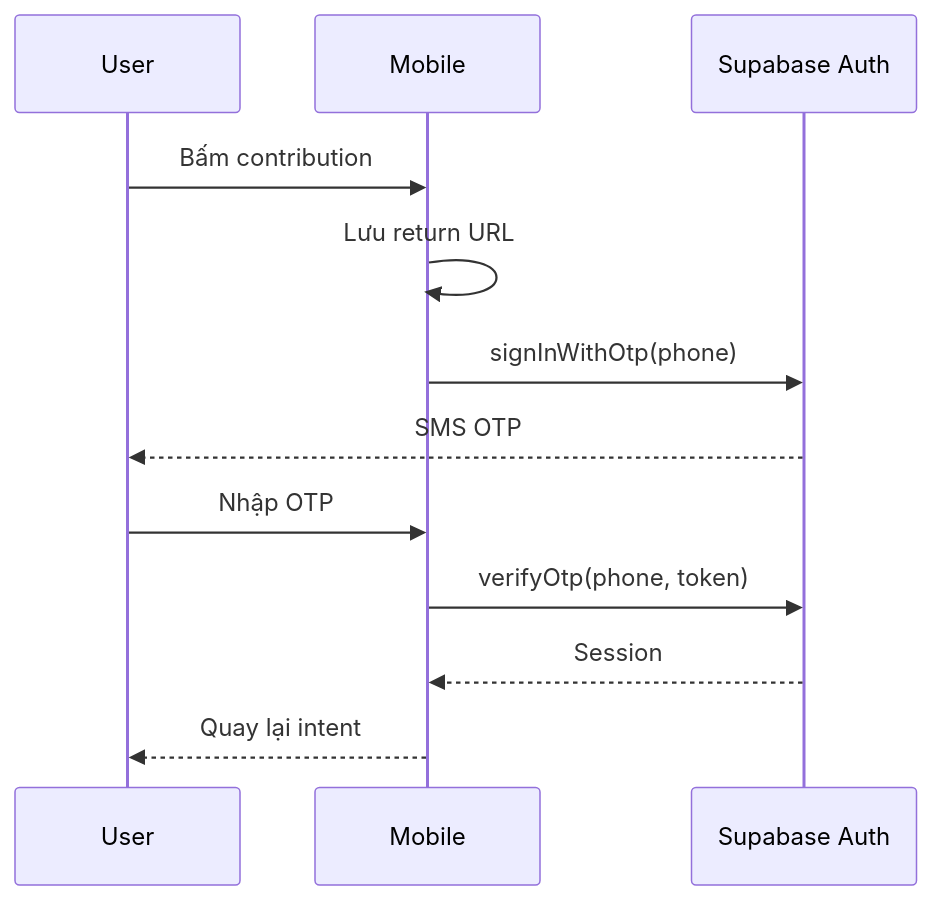
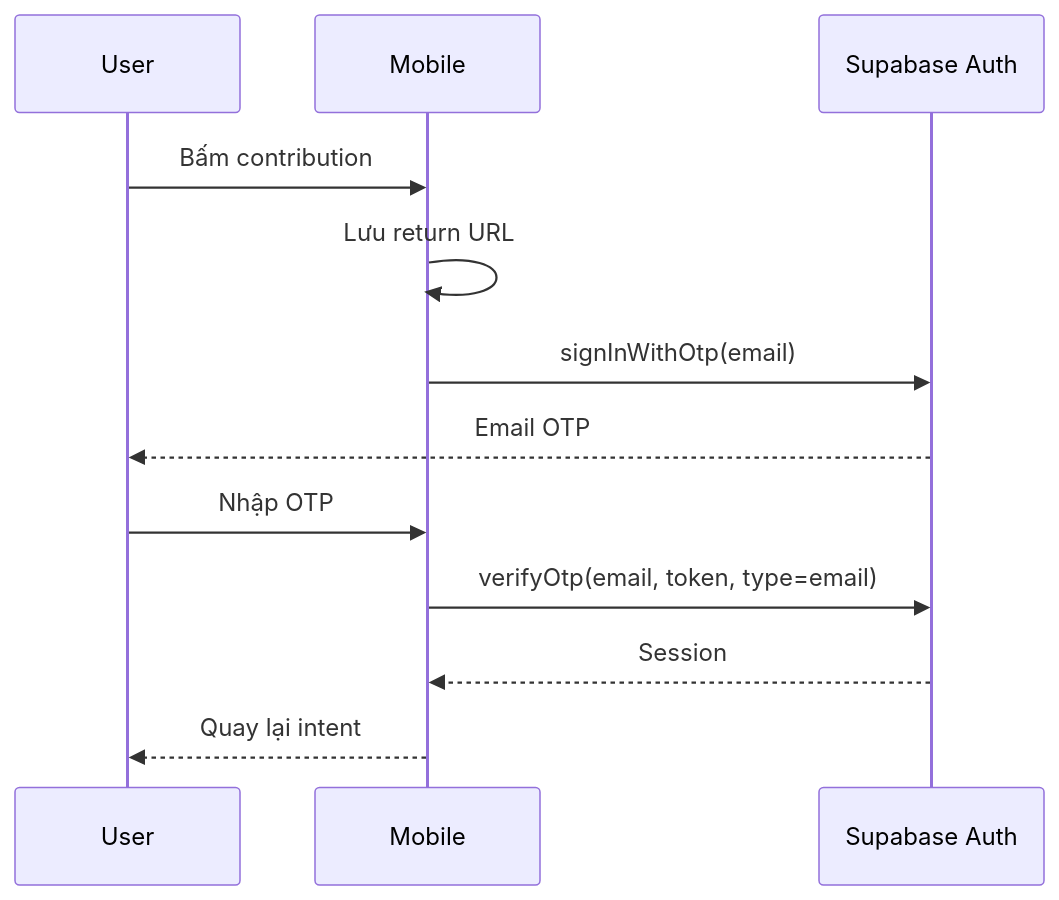
Before and after one commit to anhtuanleee/trending-map: the diagram in docs/authentication-and-authorization.md, drawn with Mermaid. The commit also changed other lines of this file and 12 other files, not shown here.

Commit message:
feat(auth): replace phone OTP with email OTP

````diff
--- a/docs/authentication-and-authorization.md
+++ b/docs/authentication-and-authorization.md
@@ -18,14 +18,14 @@
 ```mermaid
 sequenceDiagram
   participant U as User
   participant M as Mobile
   participant A as Supabase Auth
   U->>M: Bấm contribution
   M->>M: Lưu return URL
-  M->>A: signInWithOtp(phone)
-  A-->>U: SMS OTP
+  M->>A: signInWithOtp(email)
+  A-->>U: Email OTP
   U->>M: Nhập OTP
-  M->>A: verifyOtp(phone, token)
+  M->>A: verifyOtp(email, token, type=email)
   A-->>M: Session
   M-->>U: Quay lại intent
 ```
````
